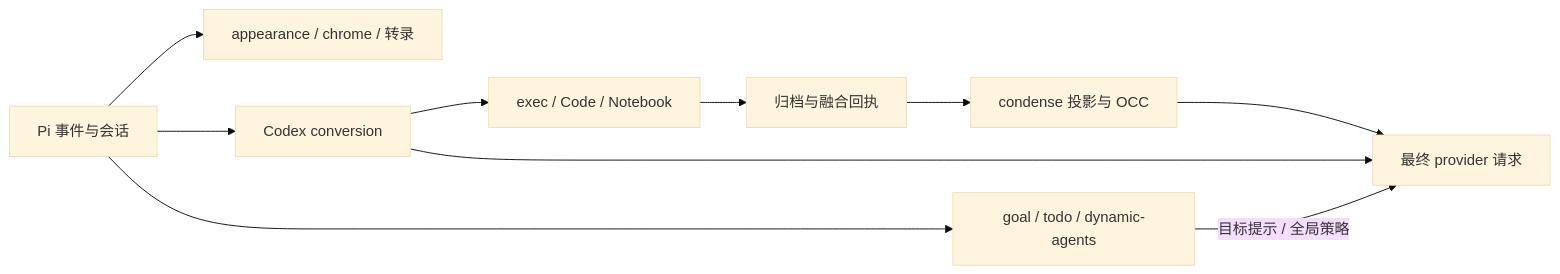
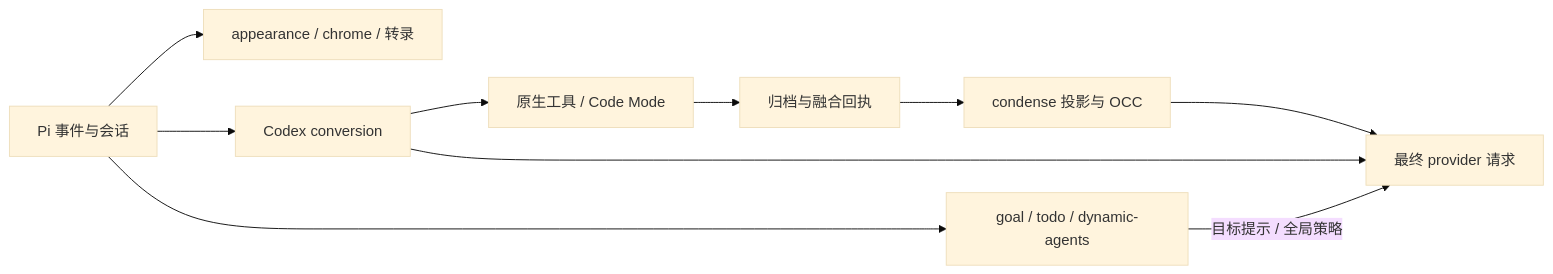
The diagram in docs/architecture.md (Rycen7822/metis-pi), drawn with Mermaid (base theme) before and after one commit. The commit also changed other lines of this file and 110 other files, not shown here.

Commit message:
refactor: remove notebook mode and legacy configuration migration

````diff
--- a/docs/architecture.md
+++ b/docs/architecture.md
@@ -40,12 +40,12 @@
 ```mermaid
 flowchart LR
     Pi[Pi 事件与会话] --> Display[appearance / chrome / 转录]
     Pi --> Features[goal / todo / dynamic-agents]
     Pi --> Conversion[Codex conversion]
-    Conversion --> Execution[exec / Code / Notebook]
+    Conversion --> Execution[原生工具 / Code Mode]
     Execution --> Archive[归档与融合回执]
     Archive --> Condense[condense 投影与 OCC]
     Condense --> Request[最终 provider 请求]
     Conversion --> Request
     Features -->|目标提示 / 全局策略| Request
 ```
````
